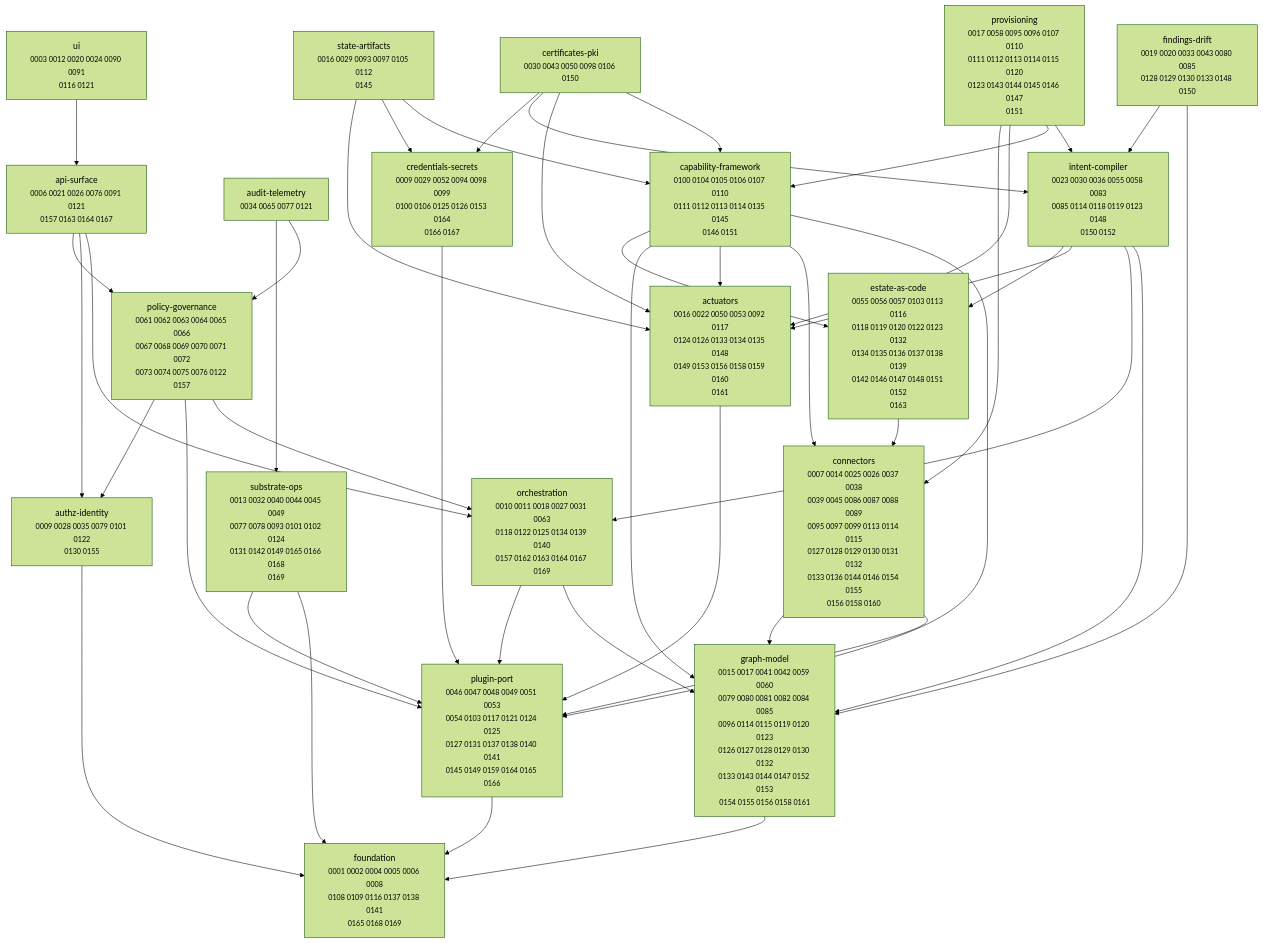
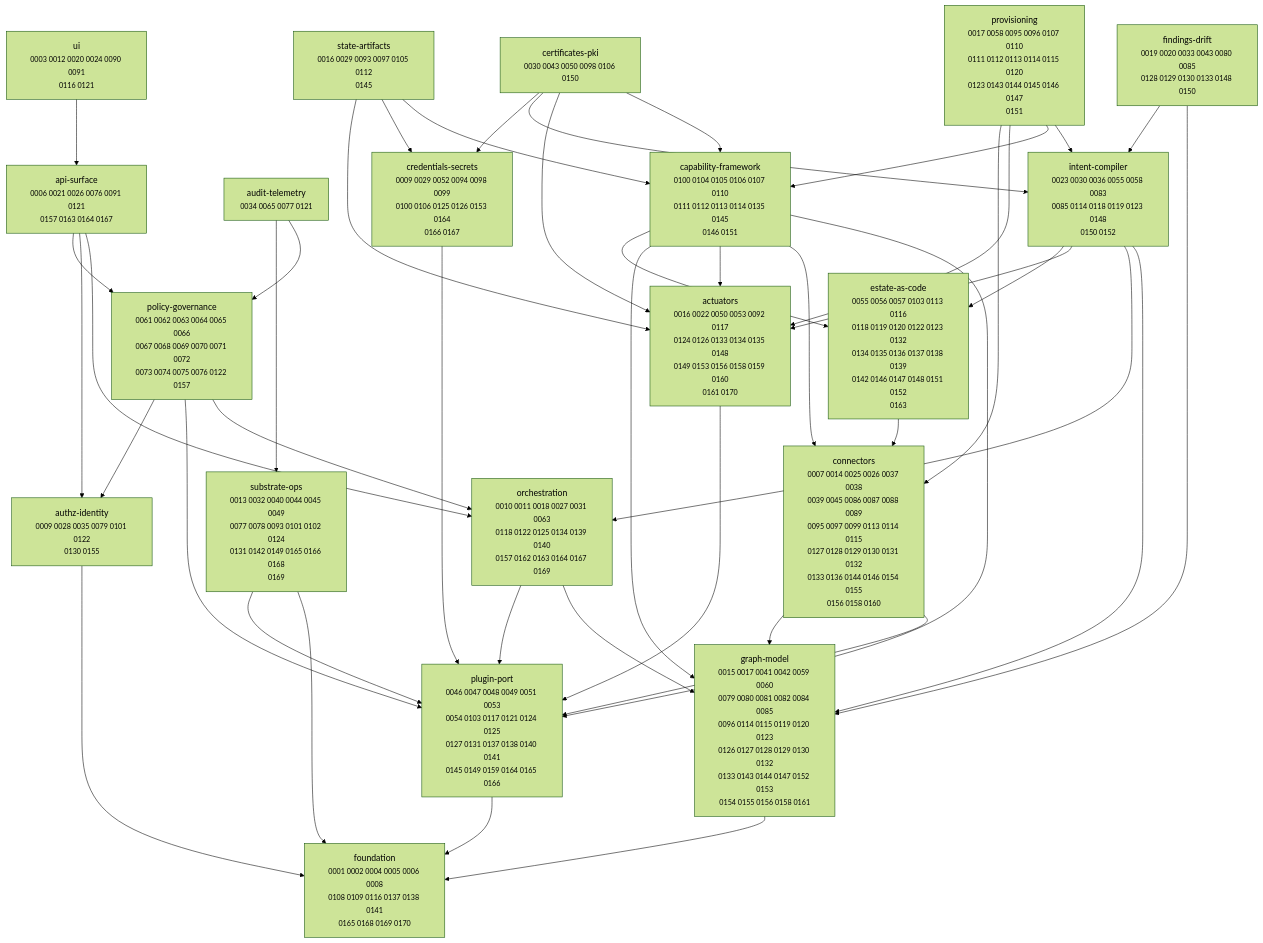
Before and after one commit to dstout-devops/stratt: the diagram in docs/adr/MAP.md, drawn with Mermaid (forest theme). The commit also changed other lines of this file and 6 other files, not shown here.

````diff
--- a/docs/adr/MAP.md
+++ b/docs/adr/MAP.md
@@ -11,67 +11,67 @@
 ```mermaid
 graph TD
-  actuators["actuators<br/><small>0016 0022 0050 0053 0092 0117<br/>0124 0126 0133 0134 0135 0148<br/>0149 0153 0156 0158 0159 0160<br/>0161</small>"]
+  actuators["actuators<br/><small>0016 0022 0050 0053 0092 0117<br/>0124 0126 0133 0134 0135 0148<br/>0149 0153 0156 0158 0159 0160<br/>0161 0170</small>"]
   api_surface["api-surface<br/><small>0006 0021 0026 0076 0091 0121<br/>0157 0163 0164 0167</small>"]
   audit_telemetry["audit-telemetry<br/><small>0034 0065 0077 0121</small>"]
   authz_identity["authz-identity<br/><small>0009 0028 0035 0079 0101 0122<br/>0130 0155</small>"]
   capability_framework["capability-framework<br/><small>0100 0104 0105 0106 0107 0110<br/>0111 0112 0113 0114 0135 0145<br/>0146 0151</small>"]
   certificates_pki["certificates-pki<br/><small>0030 0043 0050 0098 0106 0150</small>"]
   connectors["connectors<br/><small>0007 0014 0025 0026 0037 0038<br/>0039 0045 0086 0087 0088 0089<br/>0095 0097 0099 0113 0114 0115<br/>0127 0128 0129 0130 0131 0132<br/>0133 0136 0144 0146 0154 0155<br/>0156 0158 0160</small>"]
   credentials_secrets["credentials-secrets<br/><small>0009 0029 0052 0094 0098 0099<br/>0100 0106 0125 0126 0153 0164<br/>0166 0167</small>"]
   estate_as_code["estate-as-code<br/><small>0055 0056 0057 0103 0113 0116<br/>0118 0119 0120 0122 0123 0132<br/>0134 0135 0136 0137 0138 0139<br/>0142 0146 0147 0148 0151 0152<br/>0163</small>"]
   findings_drift["findings-drift<br/><small>0019 0020 0033 0043 0080 0085<br/>0128 0129 0130 0133 0148 0150</small>"]
-  foundation["foundation<br/><small>0001 0002 0004 0005 0006 0008<br/>0108 0109 0116 0137 0138 0141<br/>0165 0168 0169</small>"]
+  foundation["foundation<br/><small>0001 0002 0004 0005 0006 0008<br/>0108 0109 0116 0137 0138 0141<br/>0165 0168 0169 0170</small>"]
   graph_model["graph-model<br/><small>0015 0017 0041 0042 0059 0060<br/>0079 0080 0081 0082 0084 0085<br/>0096 0114 0115 0119 0120 0123<br/>0126 0127 0128 0129 0130 0132<br/>0133 0143 0144 0147 0152 0153<br/>0154 0155 0156 0158 0161</small>"]
   intent_compiler["intent-compiler<br/><small>0023 0030 0036 0055 0058 0083<br/>0085 0114 0118 0119 0123 0148<br/>0150 0152</small>"]
   orchestration["orchestration<br/><small>0010 0011 0018 0027 0031 0063<br/>0118 0122 0125 0134 0139 0140<br/>0157 0162 0163 0164 0167 0169</small>"]
   plugin_port["plugin-port<br/><small>0046 0047 0048 0049 0051 0053<br/>0054 0103 0117 0121 0124 0125<br/>0127 0131 0137 0138 0140 0141<br/>0145 0149 0159 0164 0165 0166</small>"]
   policy_governance["policy-governance<br/><small>0061 0062 0063 0064 0065 0066<br/>0067 0068 0069 0070 0071 0072<br/>0073 0074 0075 0076 0122 0157</small>"]
   provisioning["provisioning<br/><small>0017 0058 0095 0096 0107 0110<br/>0111 0112 0113 0114 0115 0120<br/>0123 0143 0144 0145 0146 0147<br/>0151</small>"]
   state_artifacts["state-artifacts<br/><small>0016 0029 0093 0097 0105 0112<br/>0145</small>"]
   substrate_ops["substrate-ops<br/><small>0013 0032 0040 0044 0045 0049<br/>0077 0078 0093 0101 0102 0124<br/>0131 0142 0149 0165 0166 0168<br/>0169</small>"]
   ui["ui<br/><small>0003 0012 0020 0024 0090 0091<br/>0116 0121</small>"]
 
   actuators --> plugin_port
   api_surface --> orchestration
   api_surface --> authz_identity
   api_surface --> policy_governance
   audit_telemetry --> policy_governance
   audit_telemetry --> substrate_ops
   authz_identity --> foundation
   capability_framework --> plugin_port
   capability_framework --> connectors
   capability_framework --> actuators
   capability_framework --> graph_model
   capability_framework --> estate_as_code
   certificates_pki --> capability_framework
   certificates_pki --> actuators
   certificates_pki --> intent_compiler
   certificates_pki --> credentials_secrets
   connectors --> plugin_port
   connectors --> graph_model
   credentials_secrets --> plugin_port
   estate_as_code --> connectors
   findings_drift --> graph_model
   findings_drift --> intent_compiler
   graph_model --> foundation
   intent_compiler --> graph_model
   intent_compiler --> orchestration
   intent_compiler --> actuators
   intent_compiler --> estate_as_code
   orchestration --> graph_model
   orchestration --> plugin_port
   plugin_port --> foundation
   policy_governance --> orchestration
   policy_governance --> plugin_port
   policy_governance --> authz_identity
   provisioning --> intent_compiler
   provisioning --> capability_framework
   provisioning --> actuators
   provisioning --> connectors
   state_artifacts --> capability_framework
   state_artifacts --> credentials_secrets
   state_artifacts --> actuators
   substrate_ops --> foundation
   substrate_ops --> plugin_port
   ui --> api_surface
 ```
````
